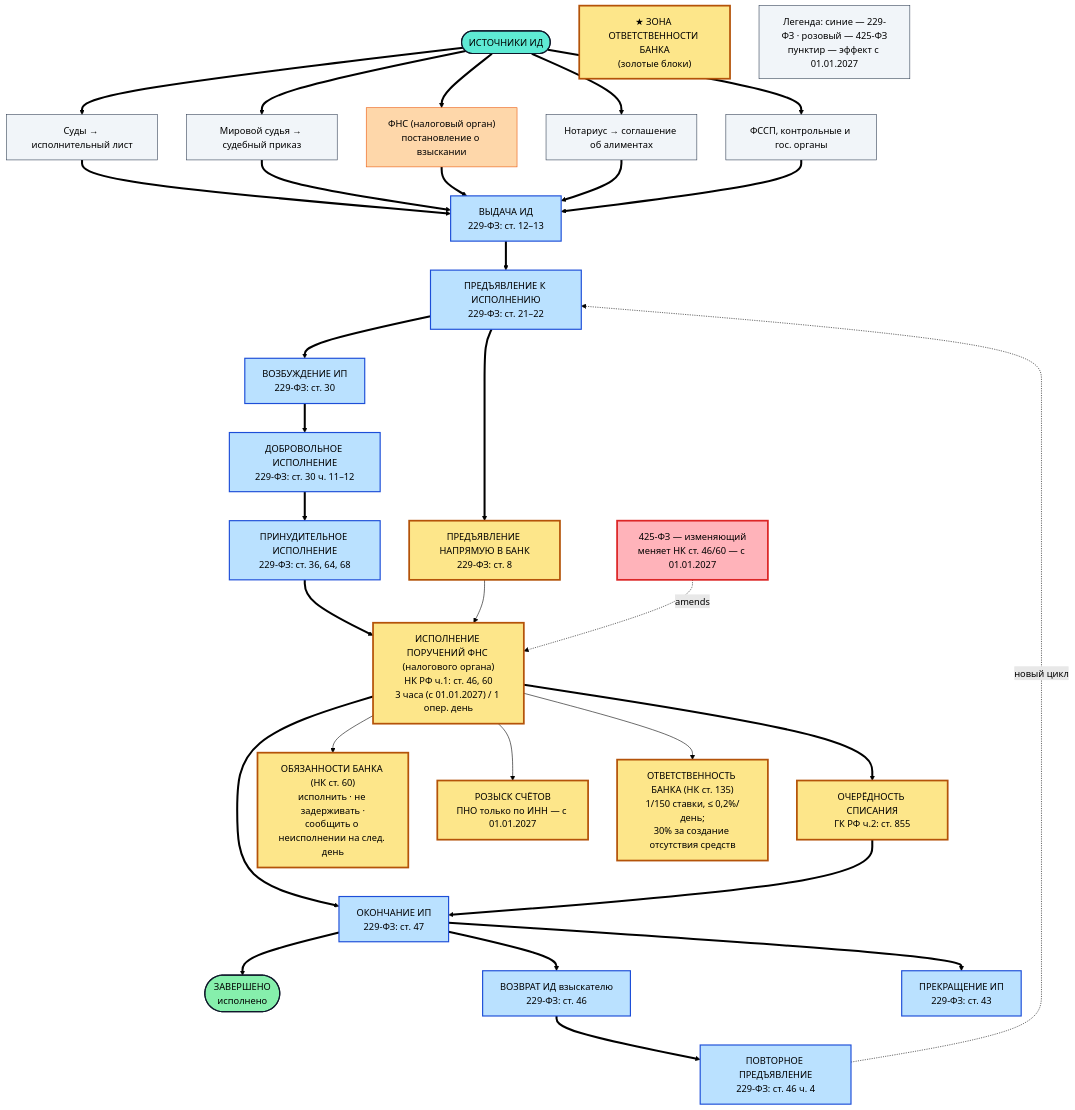
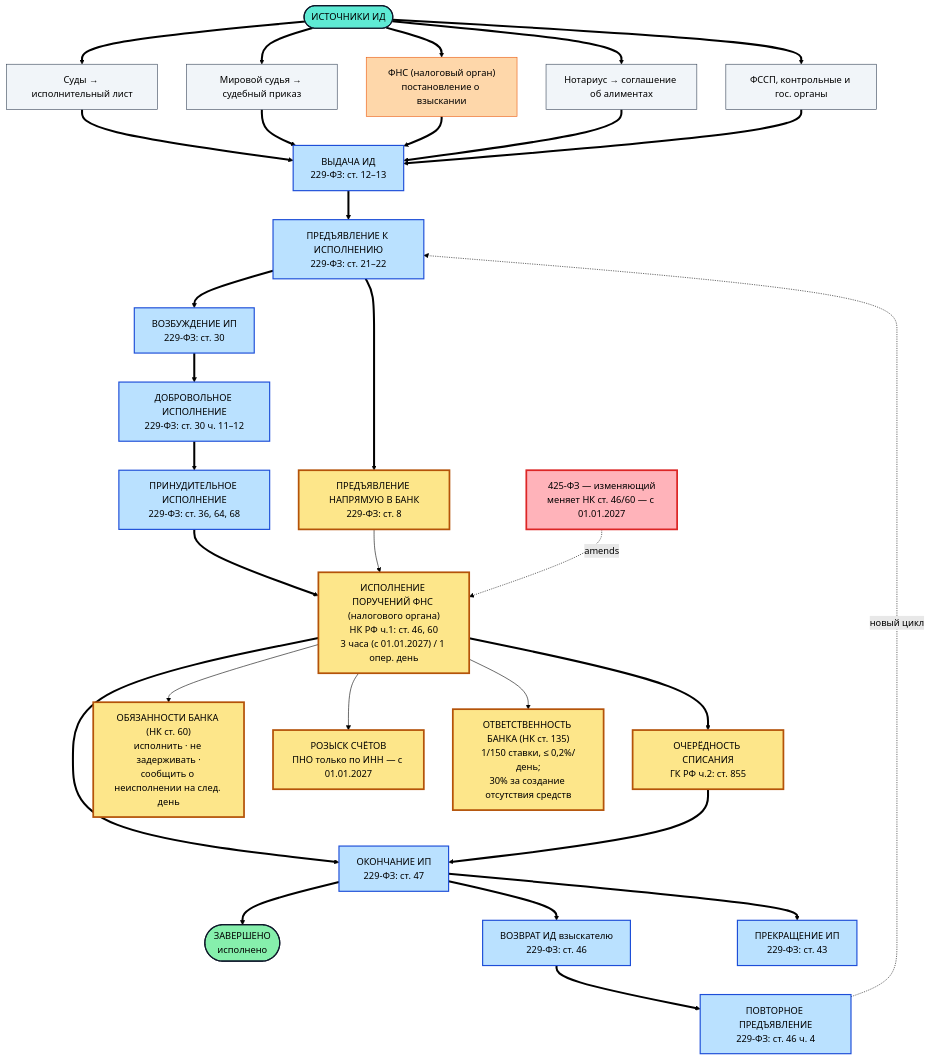
Before and after one commit to nasledstvo2026/Phoenix: the diagram in Fedor_Путь_ИД_банк.mmd, drawn with Mermaid (forest theme). The commit also changed 4 other files, not shown here.

```diff
--- a/Fedor_Путь_ИД_банк.mmd
+++ b/Fedor_Путь_ИД_банк.mmd
@@ -1,73 +1,71 @@
 flowchart TD
     %% ─── ИСТОЧНИКИ ИД ───
     SRC(["ИСТОЧНИКИ ИД"]):::start
     S1["Суды → исполнительный лист"]:::src
     S2["Мировой судья → судебный приказ"]:::src
     S3["ФНС (налоговый орган)<br/>постановление о взыскании"]:::nksrc
     S4["Нотариус → соглашение об алиментах"]:::src
     S5["ФССП, контрольные и гос. органы"]:::src
     SRC ==> S1 & S2 & S3 & S4 & S5
 
     %% ─── ПУТЬ ЧЕРЕЗ ФЗ ───
     V["ВЫДАЧА ИД<br/>229-ФЗ: ст. 12–13"]:::law229
     S1 ==> V
     S2 ==> V
     S3 ==> V
     S4 ==> V
     S5 ==> V
 
     P["ПРЕДЪЯВЛЕНИЕ К ИСПОЛНЕНИЮ<br/>229-ФЗ: ст. 21–22"]:::law229
     V ==> P
 
     PB["ПРЕДЪЯВЛЕНИЕ НАПРЯМУЮ В БАНК<br/>229-ФЗ: ст. 8"]:::bank
     P ==> PB
 
     VZ["ВОЗБУЖДЕНИЕ ИП<br/>229-ФЗ: ст. 30"]:::law229
     P ==> VZ
     DB["ДОБРОВОЛЬНОЕ ИСПОЛНЕНИЕ<br/>229-ФЗ: ст. 30 ч. 11–12"]:::law229
     VZ ==> DB
     L5["ПРИНУДИТЕЛЬНОЕ ИСПОЛНЕНИЕ<br/>229-ФЗ: ст. 36, 64, 68"]:::law229
     DB ==> L5
 
     %% ─── ЗОНА ОТВЕТСТВЕННОСТИ БАНКА ───
     BANK["ИСПОЛНЕНИЕ ПОРУЧЕНИЙ ФНС (налогового органа)<br/>НК РФ ч.1: ст. 46, 60<br/>3 часа (с 01.01.2027) / 1 опер. день"]:::bank
     ORD["ОЧЕРЁДНОСТЬ СПИСАНИЯ<br/>ГК РФ ч.2: ст. 855"]:::bank
     DUTY["ОБЯЗАННОСТИ БАНКА (НК ст. 60)<br/>исполнить · не задерживать ·<br/>сообщить о неисполнении на след. день"]:::bank
     ROZ["РОЗЫСК СЧЁТОВ<br/>ПНО только по ИНН — с 01.01.2027"]:::bank
     RESP["ОТВЕТСТВЕННОСТЬ БАНКА (НК ст. 135)<br/>1/150 ставки, ≤ 0,2%/день;<br/>30% за создание отсутствия средств"]:::bank
 
     L5 ==> BANK
     BANK ==> ORD
     BANK --> DUTY
     BANK --> ROZ
     BANK --> RESP
     PB --> BANK
 
     F425["425-ФЗ — изменяющий<br/>меняет НК ст. 46/60 — с 01.01.2027"]:::prof
     F425 -.->|"amends"| BANK
 
     %% ─── ЗАВЕРШЕНИЕ ───
     FIN["ОКОНЧАНИЕ ИП<br/>229-ФЗ: ст. 47"]:::law229
     BANK ==> FIN
     ORD ==> FIN
     DONE(["ЗАВЕРШЕНО<br/>исполнено"]):::end2
     RET["ВОЗВРАТ ИД взыскателю<br/>229-ФЗ: ст. 46"]:::law229
     STOP["ПРЕКРАЩЕНИЕ ИП<br/>229-ФЗ: ст. 43"]:::law229
     FIN ==> DONE
     FIN ==> RET
     FIN ==> STOP
     AGAIN["ПОВТОРНОЕ ПРЕДЪЯВЛЕНИЕ<br/>229-ФЗ: ст. 46 ч. 4"]:::law229
     RET ==> AGAIN
     AGAIN -.->|"новый цикл"| P
 
-    %% ─── ЛЕГЕНДА ───
-    LEGBANK["★ ЗОНА ОТВЕТСТВЕННОСТИ БАНКА<br/>(золотые блоки)"]:::bank
-    LEGLEG["Легенда: синие — 229-ФЗ · розовый — 425-ФЗ<br/>пунктир — эффект с 01.01.2027"]:::src
+    %% ─── (легенда вынесена наверх отдельной полосой при постобработке) ───
 
     classDef start fill:#5eead4,stroke:#0f172a,stroke-width:2px
     classDef end2 fill:#86efac,stroke:#0f172a,stroke-width:2px
     classDef src fill:#f1f5f9,stroke:#334155
     classDef nksrc fill:#fed7aa,stroke:#ea580c
     classDef law229 fill:#bae1ff,stroke:#1d4ed8,stroke-width:2px
     classDef prof fill:#ffb3ba,stroke:#dc2626,stroke-width:3px
     classDef bank fill:#fde68a,stroke:#b45309,stroke-width:3px
```
